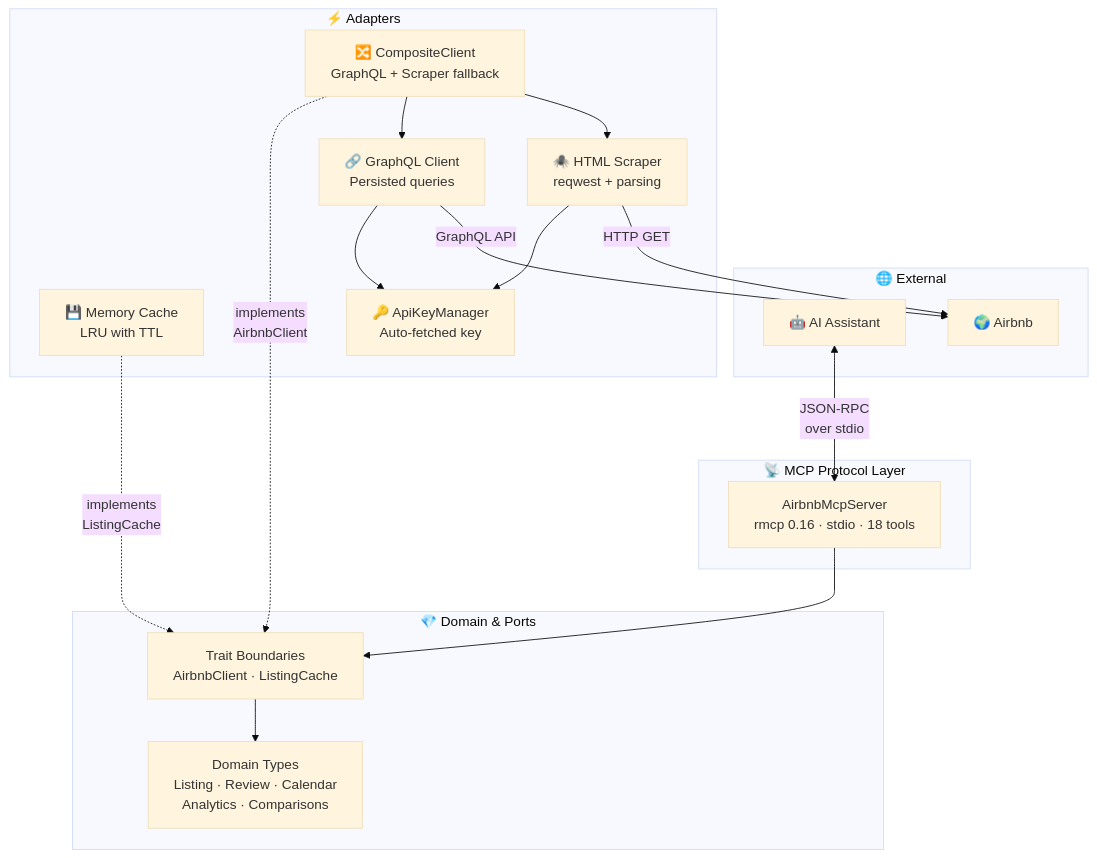
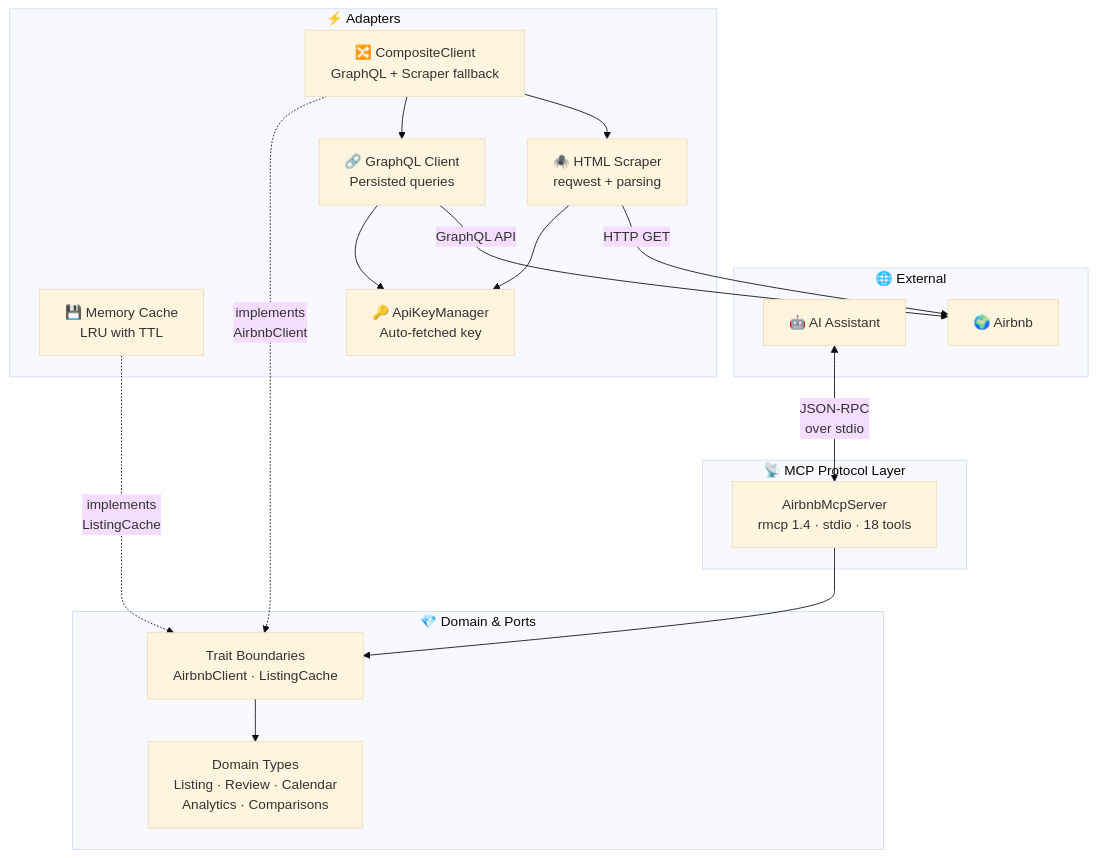
The first of 2 diagrams in README.md (muchiny/mcp-airbnb), drawn with Mermaid (base theme) before and after one commit. The commit also changed other lines of this file and 4 other files, not shown here.

First line of the commit message:
docs: document the airbnb CLI binary and bump rmcp version refs

````diff
--- a/README.md
+++ b/README.md
@@ -53,36 +57,36 @@
 ```mermaid
 graph TB
     subgraph External["🌐 External"]
         AI["🤖 AI Assistant"]
         AB["🌍 Airbnb"]
     end
 
     subgraph MCP["📡 MCP Protocol Layer"]
-        Server["AirbnbMcpServer<br/>rmcp 0.16 · stdio · 18 tools"]
+        Server["AirbnbMcpServer<br/>rmcp 1.4 · stdio · 18 tools"]
     end
 
     subgraph Core["💎 Domain & Ports"]
         Domain["Domain Types<br/>Listing · Review · Calendar<br/>Analytics · Comparisons"]
         Ports["Trait Boundaries<br/>AirbnbClient · ListingCache"]
     end
 
     subgraph Infra["⚡ Adapters"]
         Composite["🔀 CompositeClient<br/>GraphQL + Scraper fallback"]
         GQL["🔗 GraphQL Client<br/>Persisted queries"]
         Scraper["🕷️ HTML Scraper<br/>reqwest + parsing"]
         Cache["💾 Memory Cache<br/>LRU with TTL"]
         Shared["🔑 ApiKeyManager<br/>Auto-fetched key"]
     end
 
     AI <-->|"JSON-RPC<br/>over stdio"| Server
     Server --> Ports
     Ports --> Domain
     Composite -.->|"implements<br/>AirbnbClient"| Ports
     Cache -.->|"implements<br/>ListingCache"| Ports
     Composite --> GQL
     Composite --> Scraper
     GQL --> Shared
     Scraper --> Shared
     GQL -->|"GraphQL API"| AB
     Scraper -->|"HTTP GET"| AB
 ```
````
